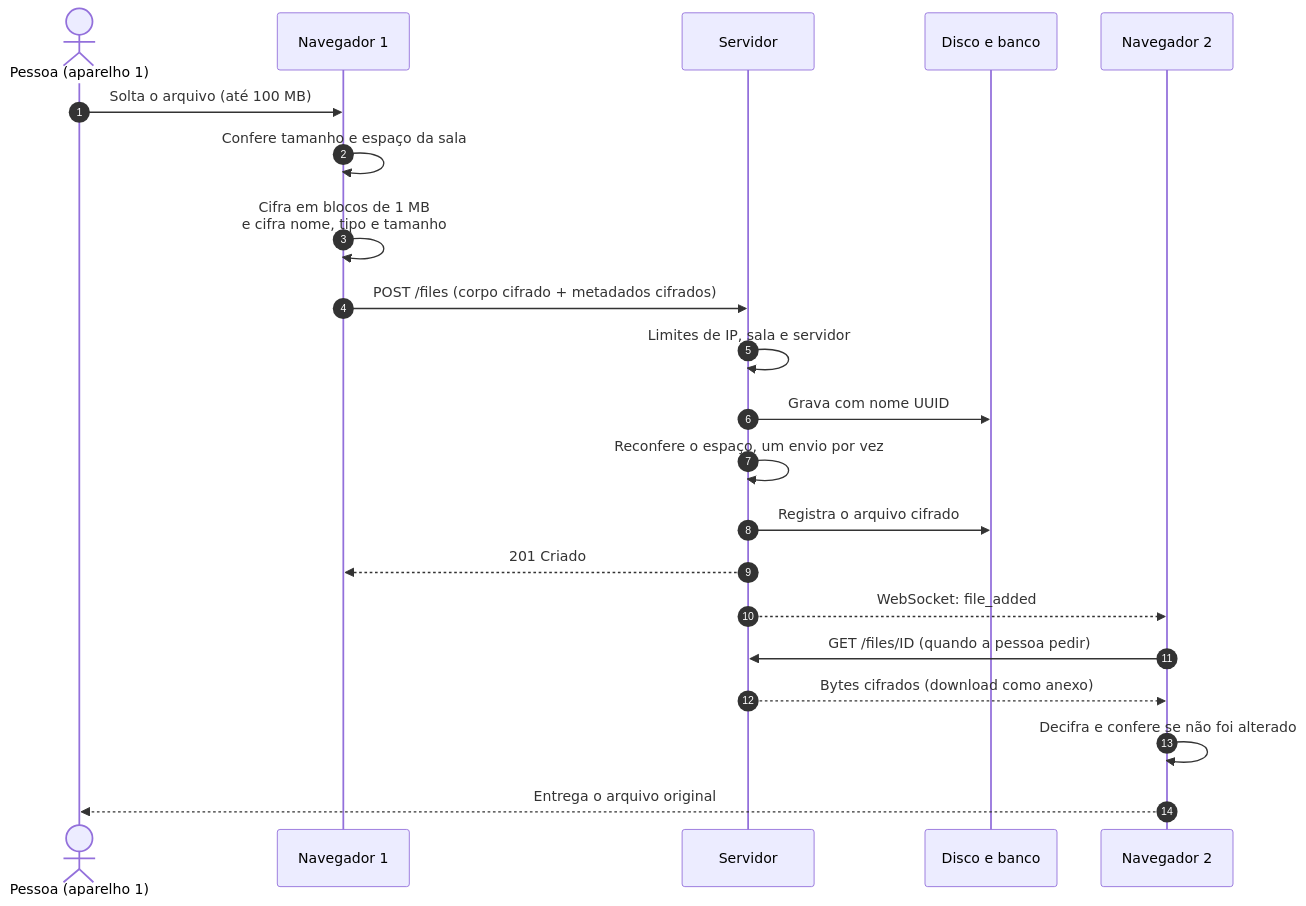
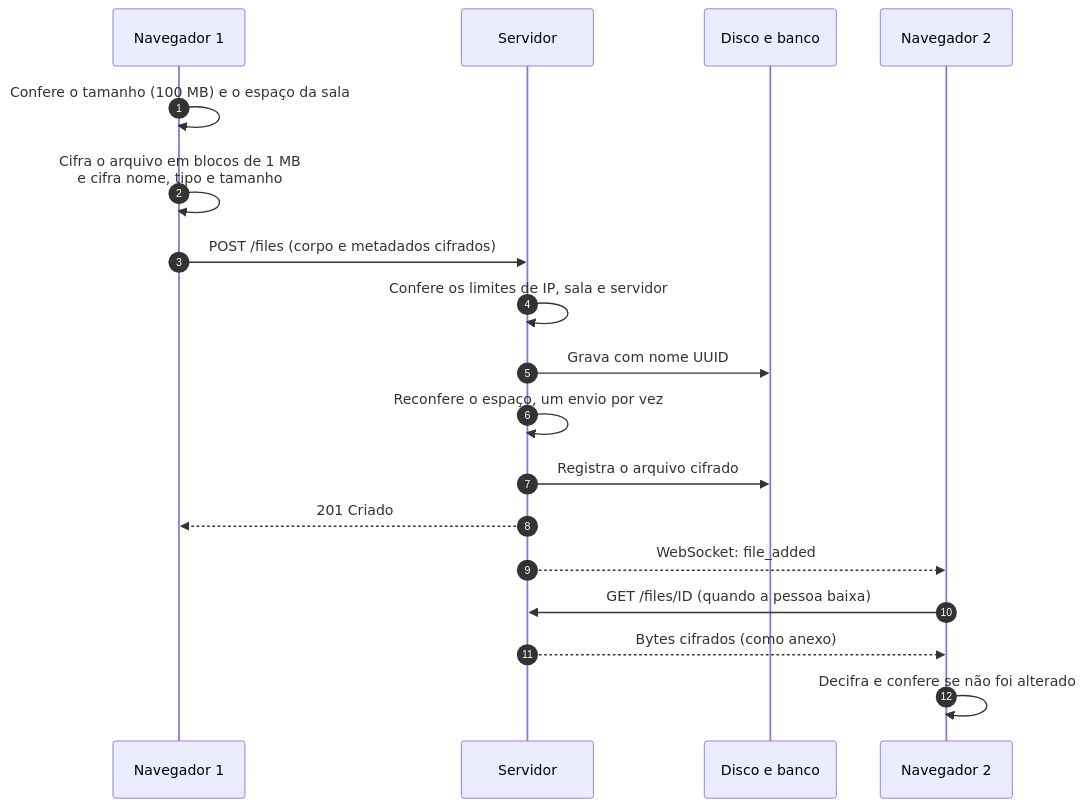
The fifth of 13 diagrams in docs/VISAO.md (gbrielzera/QuickDrop), drawn with Mermaid before and after one commit. The commit also changed other lines of this file and 3 other files, not shown here.

Commit message:
Documentos de requisitos e de visão também em .docx; diagramas ajustados

````diff
--- a/docs/VISAO.md
+++ b/docs/VISAO.md
@@ -249,24 +239,21 @@
 ```mermaid
 sequenceDiagram
     autonumber
-    actor A as Pessoa (aparelho 1)
     participant NA as Navegador 1
     participant S as Servidor
     participant D as Disco e banco
     participant NB as Navegador 2
 
-    A->>NA: Solta o arquivo (até 100 MB)
-    NA->>NA: Confere tamanho e espaço da sala
-    NA->>NA: Cifra em blocos de 1 MB<br/>e cifra nome, tipo e tamanho
-    NA->>S: POST /files (corpo cifrado + metadados cifrados)
-    S->>S: Limites de IP, sala e servidor
+    NA->>NA: Confere o tamanho (100 MB) e o espaço da sala
+    NA->>NA: Cifra o arquivo em blocos de 1 MB<br/>e cifra nome, tipo e tamanho
+    NA->>S: POST /files (corpo e metadados cifrados)
+    S->>S: Confere os limites de IP, sala e servidor
     S->>D: Grava com nome UUID
     S->>S: Reconfere o espaço, um envio por vez
     S->>D: Registra o arquivo cifrado
     S-->>NA: 201 Criado
     S-->>NB: WebSocket: file_added
-    NB->>S: GET /files/ID (quando a pessoa pedir)
-    S-->>NB: Bytes cifrados (download como anexo)
+    NB->>S: GET /files/ID (quando a pessoa baixa)
+    S-->>NB: Bytes cifrados (como anexo)
     NB->>NB: Decifra e confere se não foi alterado
-    NB-->>A: Entrega o arquivo original
 ```
````
